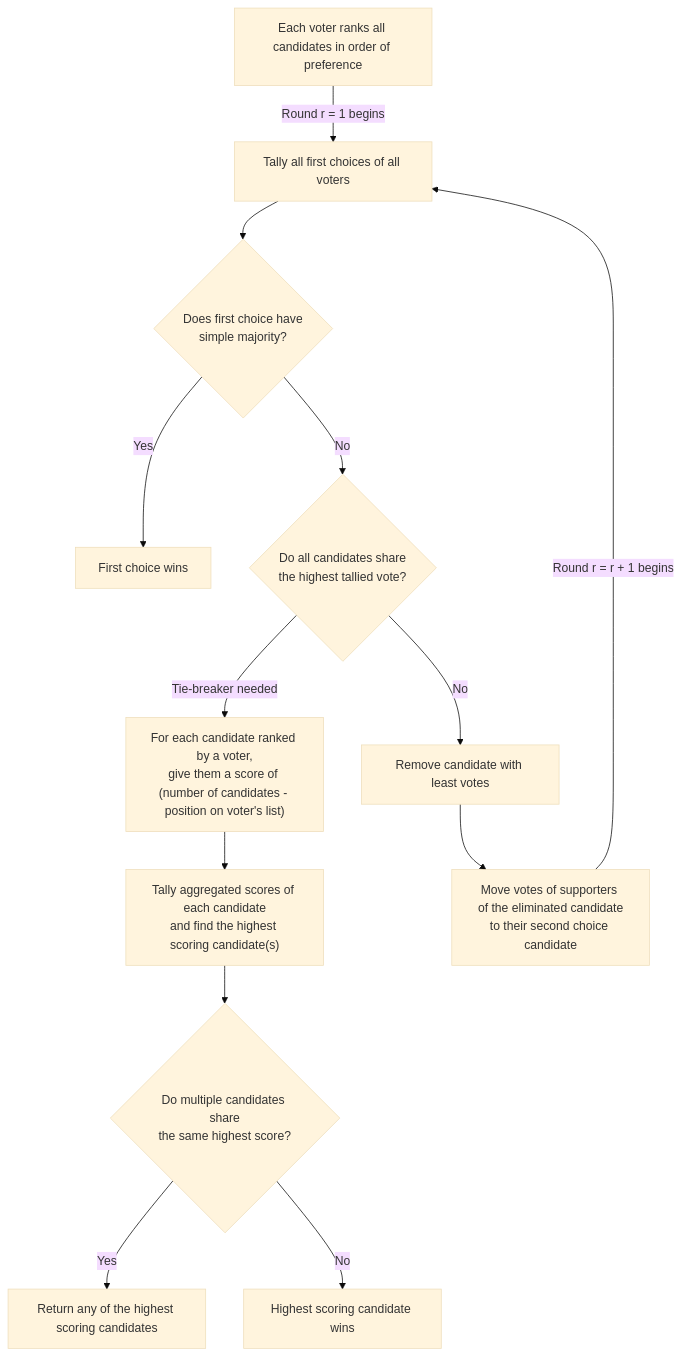
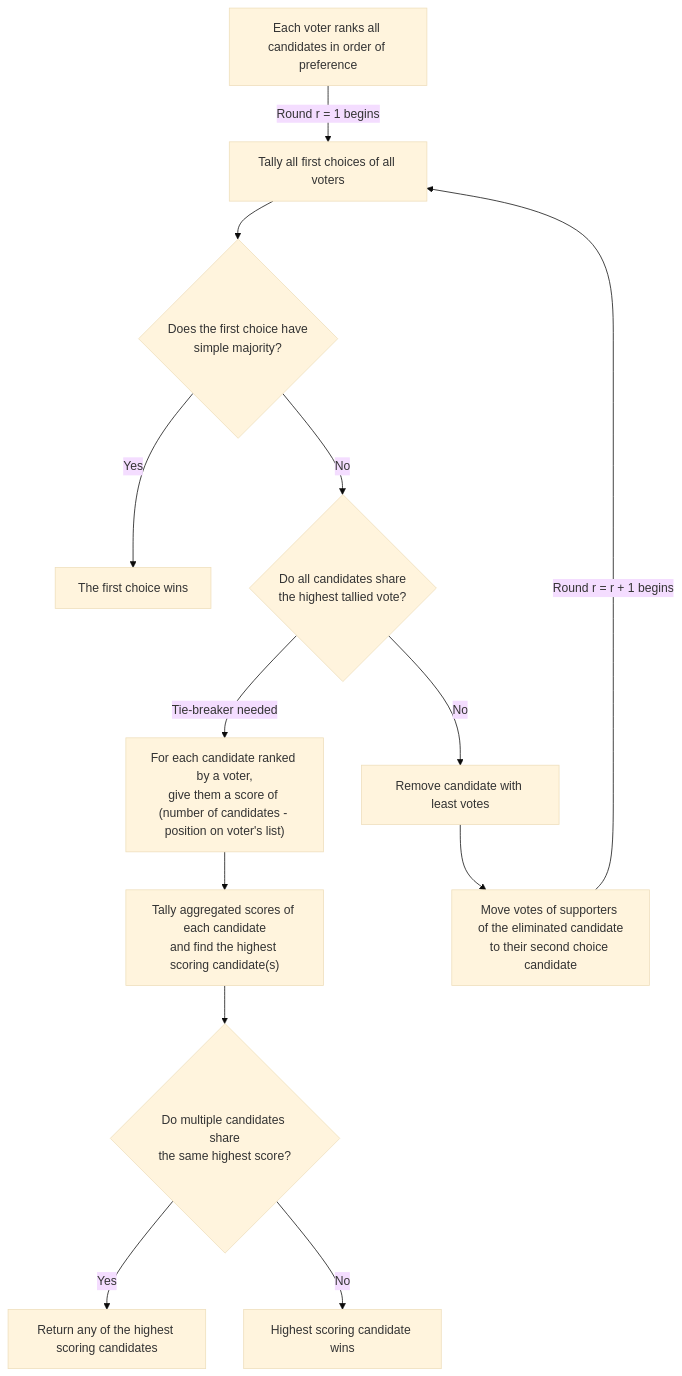
Before and after one commit to aditeyabaral/ranked-choice-voting-api: the diagram in README.md, drawn with Mermaid (base theme). The commit also changed other lines of this file and 2 other files, not shown here.

````diff
--- a/README.md
+++ b/README.md
@@ -8,15 +8,15 @@
 ```mermaid
 graph TD
     A[Each voter ranks all candidates in order of preference] --> |Round r = 1 begins| B[Tally all first choices of all voters]
-    B --> C{Does first choice have<br>simple majority?}
-    C --> |Yes| D[First choice wins]
+    B --> C{Does the first choice have<br>simple majority?}
+    C --> |Yes| D[The first choice wins]
     C --> |No| E{Do all candidates share<br>the highest tallied vote?}
     E --> |No| F[Remove candidate with least votes]
     E --> |Tie-breaker needed| H["For each candidate ranked by a voter,<br>give them a score of (number of candidates - position on voter's list)"]
     H --> I["Tally aggregated scores of each candidate<br>and find the highest scoring candidate(s)"]
     I --> J{Do multiple candidates share<br>the same highest score?}
     J --> |Yes| K[Return any of the highest scoring candidates]
     J --> |No| L[Highest scoring candidate wins]
     F --> G[Move votes of supporters of the eliminated candidate<br>to their second choice candidate]
     G --> |Round r = r + 1 begins| B
 ```
````
